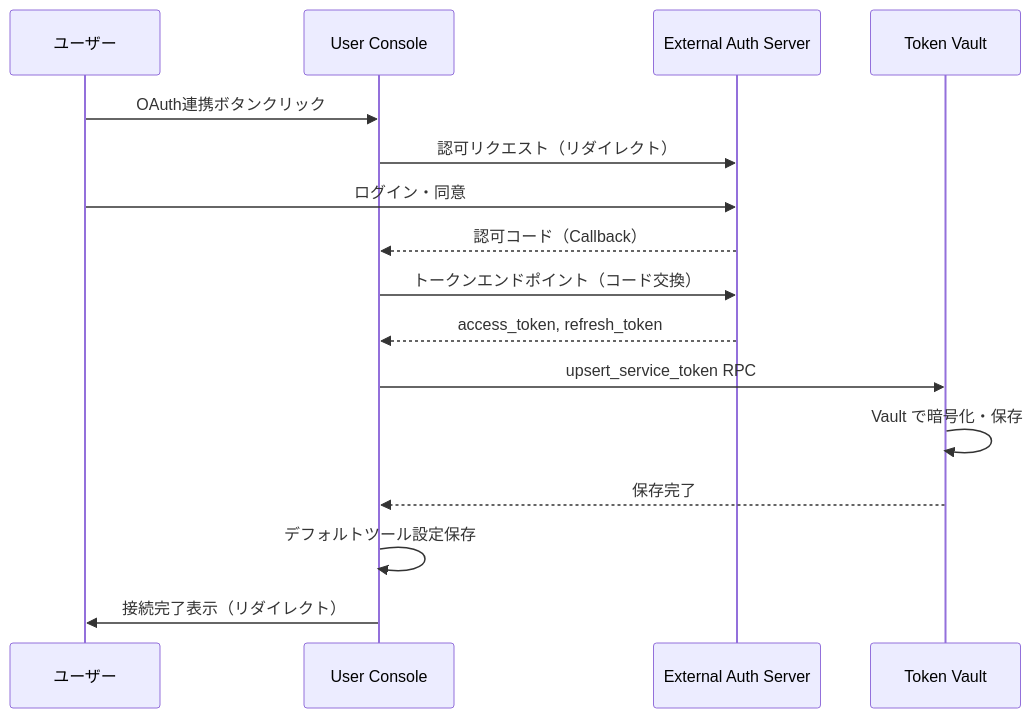
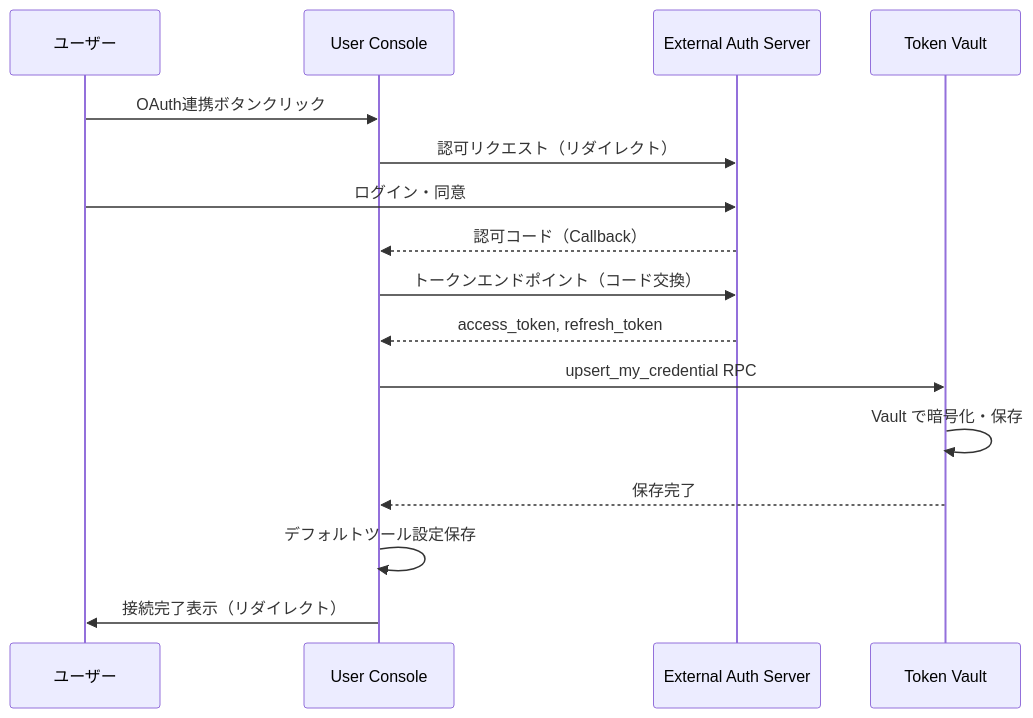
Before and after one commit to shibaleo/mcpist: the second of 2 diagrams in docs/002_specification/interaction/dtl-itr-CON-TVL.md, drawn with Mermaid. The commit also changed other lines of this file and 8 other files, not shown here.

````diff
--- a/docs/002_specification/interaction/dtl-itr-CON-TVL.md
+++ b/docs/002_specification/interaction/dtl-itr-CON-TVL.md
@@ -68,19 +73,19 @@
 ```mermaid
 sequenceDiagram
     participant User as ユーザー
     participant CON as User Console
     participant EAS as External Auth Server
     participant TVL as Token Vault
 
     User->>CON: OAuth連携ボタンクリック
     CON->>EAS: 認可リクエスト（リダイレクト）
     User->>EAS: ログイン・同意
     EAS-->>CON: 認可コード（Callback）
     CON->>EAS: トークンエンドポイント（コード交換）
     EAS-->>CON: access_token, refresh_token
-    CON->>TVL: upsert_service_token RPC
+    CON->>TVL: upsert_my_credential RPC
     TVL->>TVL: Vault で暗号化・保存
     TVL-->>CON: 保存完了
     CON->>CON: デフォルトツール設定保存
     CON->>User: 接続完了表示（リダイレクト）
 ```
````
